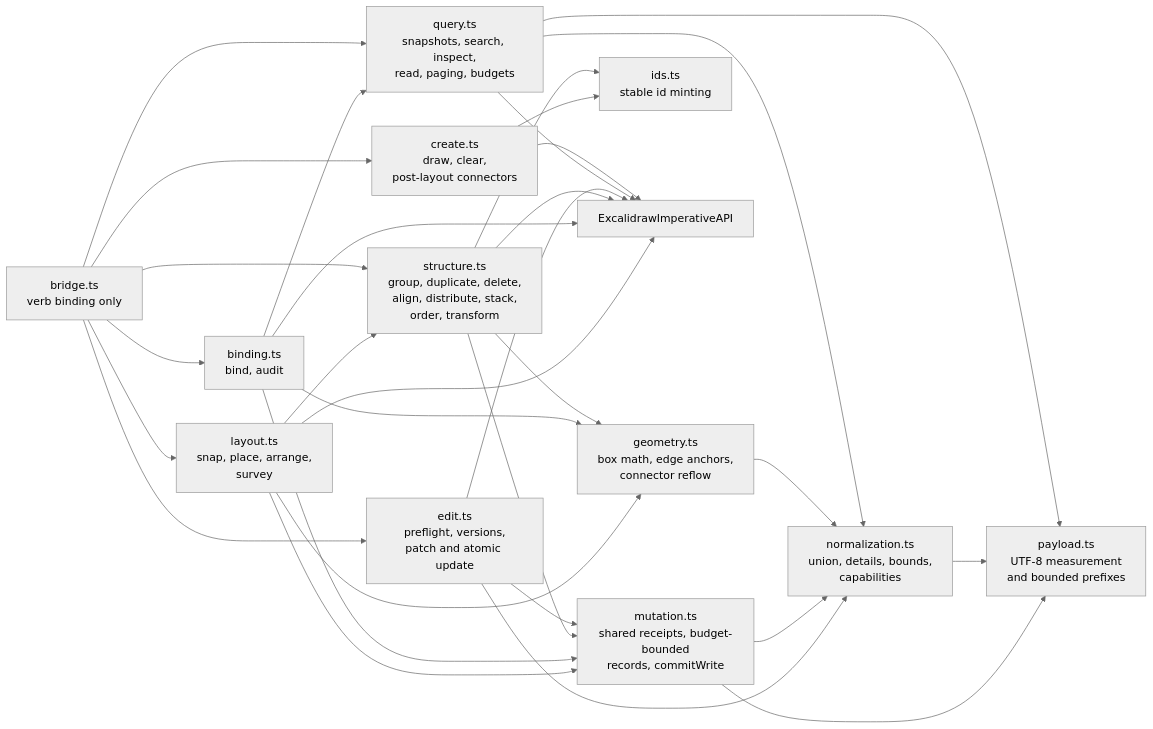
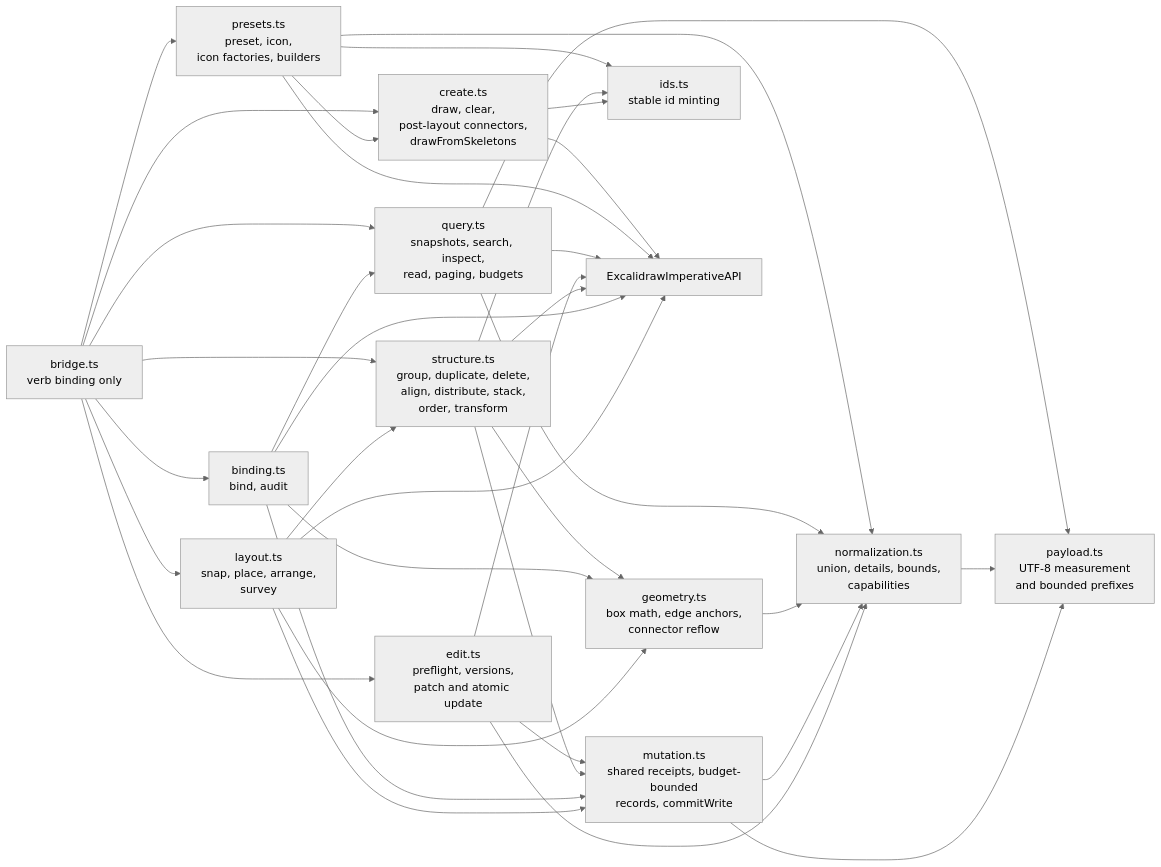
Before and after one commit to NNTin/tinytinkerer: the eighth of 12 diagrams in docs/app-harness.md, drawn with Mermaid (neutral theme). The commit also changed other lines of this file and 12 other files, not shown here.

First line of the commit message:
feat(canvas): diagram-semantics presets & infrastructure icons (#318)

````diff
--- a/docs/app-harness.md
+++ b/docs/app-harness.md
@@ -474,41 +488,46 @@
 ```mermaid
 flowchart LR
   bridge["bridge.ts<br/>verb binding only"]
-  create["create.ts<br/>draw, clear,<br/>post-layout connectors"]
+  create["create.ts<br/>draw, clear,<br/>post-layout connectors,<br/>drawFromSkeletons"]
+  presets["presets.ts<br/>preset, icon,<br/>icon factories, builders"]
   query["query.ts<br/>snapshots, search, inspect,<br/>read, paging, budgets"]
   normalization["normalization.ts<br/>union, details, bounds,<br/>capabilities"]
   edit["edit.ts<br/>preflight, versions,<br/>patch and atomic update"]
   structure["structure.ts<br/>group, duplicate, delete,<br/>align, distribute, stack,<br/>order, transform"]
   binding["binding.ts<br/>bind, audit"]
   layout["layout.ts<br/>snap, place, arrange,<br/>survey"]
   geometry["geometry.ts<br/>box math, edge anchors,<br/>connector reflow"]
   mutation["mutation.ts<br/>shared receipts, budget-bounded<br/>records, commitWrite"]
   ids["ids.ts<br/>stable id minting"]
   payload["payload.ts<br/>UTF-8 measurement<br/>and bounded prefixes"]
   api["ExcalidrawImperativeAPI"]
 
   bridge --> create --> api
+  bridge --> presets --> api
+  presets --> create
+  presets --> ids
+  presets --> normalization
   bridge --> query --> api
   query --> normalization
   query --> payload
   bridge --> edit --> api
   edit --> mutation
   bridge --> structure --> api
   structure --> mutation
   structure --> ids
   structure --> geometry
   bridge --> binding --> api
   binding --> mutation
   binding --> query
   binding --> geometry
   bridge --> layout --> api
   layout --> structure
   layout --> mutation
   layout --> geometry
   geometry --> normalization
   create --> ids
   mutation --> normalization
   edit --> normalization
   normalization --> payload
   mutation --> payload
 ```
````
